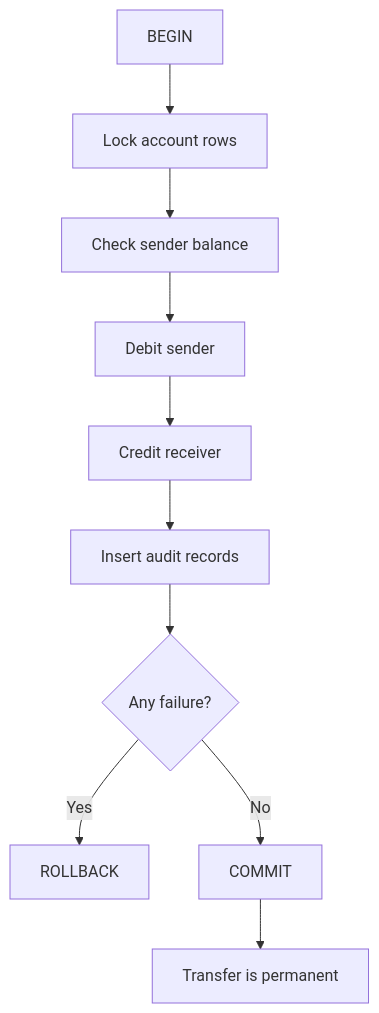
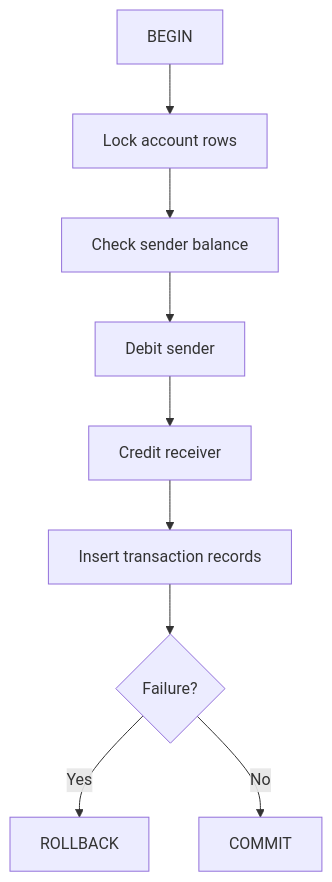
One commit to AvadhBhalodiya/Interview-Preparation changed the fourth of 5 diagrams in src/content/databases/acid-properties.md. Above: the diagram before and after it, drawn with Mermaid. The commit also changed other lines of this file and 80 other files, not shown here.

````diff
--- a/src/content/databases/acid-properties.md
+++ b/src/content/databases/acid-properties.md
@@ -504,12 +310,11 @@
 ```mermaid
 flowchart TD
-    B[BEGIN] --> L[Lock account rows]
-    L --> C[Check sender balance]
+    A[BEGIN] --> B[Lock account rows]
+    B --> C[Check sender balance]
     C --> D[Debit sender]
-    D --> CR[Credit receiver]
-    CR --> A[Insert audit records]
-    A --> F{Any failure?}
-    F -->|Yes| RB[ROLLBACK]
-    F -->|No| CM[COMMIT]
-    CM --> P[Transfer is permanent]
+    D --> E[Credit receiver]
+    E --> F[Insert transaction records]
+    F --> G{Failure?}
+    G -->|Yes| H[ROLLBACK]
+    G -->|No| I[COMMIT]
 ```
````
